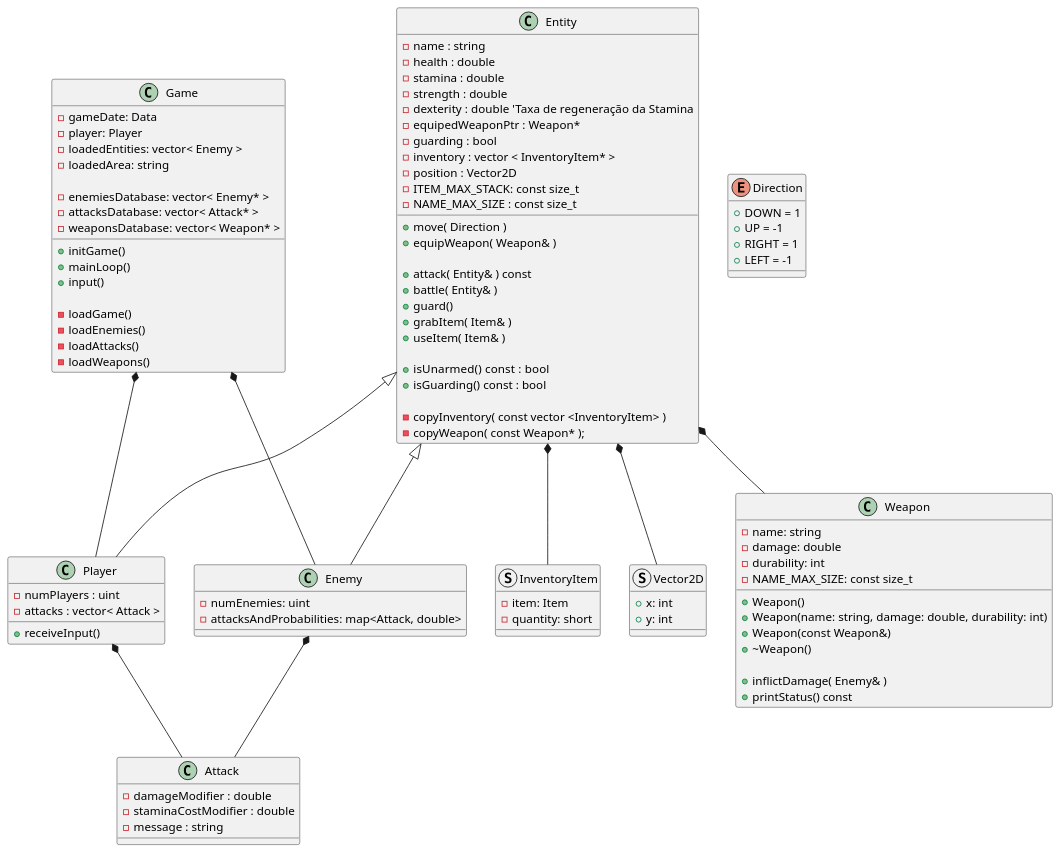
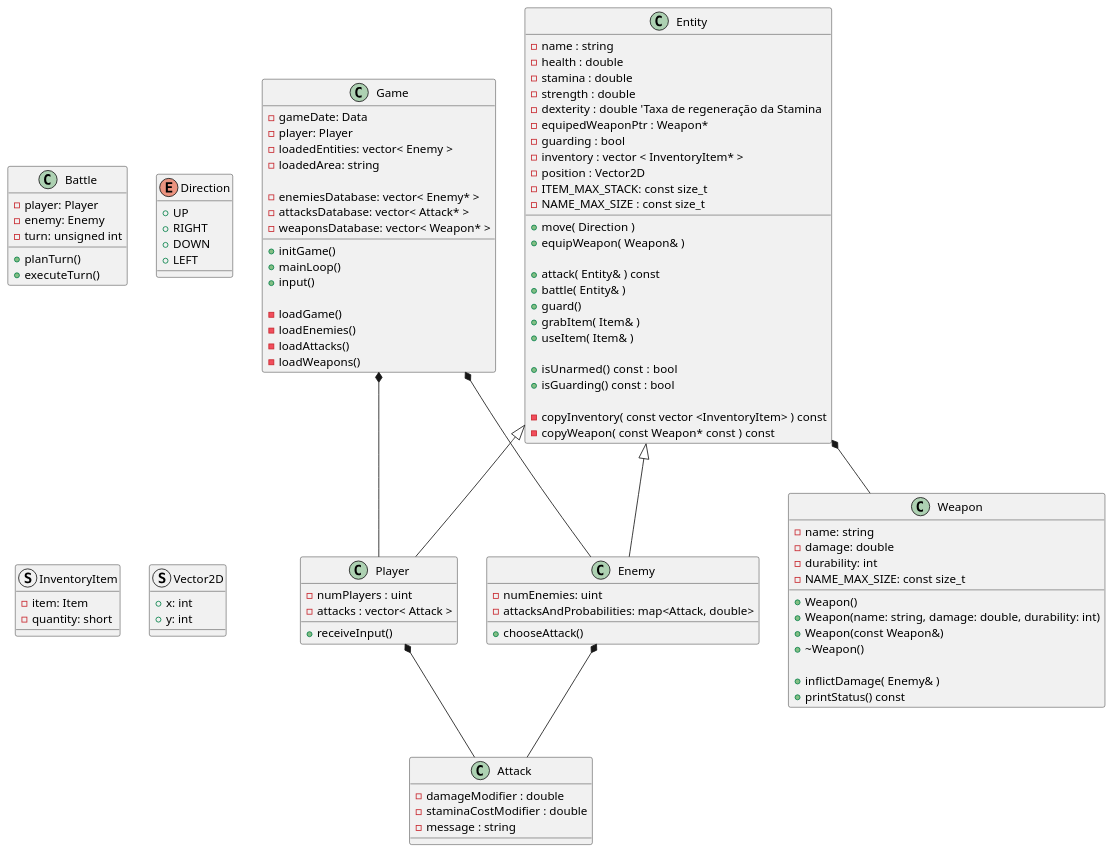
Before and after one commit to Stopfield/DarkSoulsCpp: the diagram in NewDiagram.plantuml, drawn with PlantUML. The commit also changed 23 other files, not shown here.

```diff
--- a/NewDiagram.plantuml
+++ b/NewDiagram.plantuml
@@ -1,111 +1,120 @@
 @startuml
 class Game {
    - gameDate: Data
    - player: Player
    - loadedEntities: vector< Enemy >
    - loadedArea: string
 
    - enemiesDatabase: vector< Enemy* >
    - attacksDatabase: vector< Attack* >
    - weaponsDatabase: vector< Weapon* >
    
    + initGame()
    + mainLoop()
    + input()
 
    - loadGame()
    - loadEnemies()
    - loadAttacks()
    - loadWeapons()
 }
 
+class Battle {
+    - player: Player
+    - enemy: Enemy
+    - turn: unsigned int
+
+    'Receive Player input and determine enemy attack
+    + planTurn()
+    + executeTurn()
+}
+
 enum Direction{
-   + DOWN = 1
-   + UP = -1
-   + RIGHT = 1
-   + LEFT = -1
+   + UP
+   + RIGHT
+   + DOWN
+   + LEFT
 }
 
 struct InventoryItem {
     - item: Item
     - quantity: short
 }
 
 struct Vector2D {
     + x: int
     + y: int
 }
 
 class Entity{
     - name : string
     - health : double
     - stamina : double
     - strength : double
     - dexterity : double 'Taxa de regeneração da Stamina
     - equipedWeaponPtr : Weapon*
     - guarding : bool
     - inventory : vector < InventoryItem* >
     - position : Vector2D
     - ITEM_MAX_STACK: const size_t
     - NAME_MAX_SIZE : const size_t
 
     + move( Direction )
     + equipWeapon( Weapon& )
 
     + attack( Entity& ) const
     + battle( Entity& )
     + guard()
     + grabItem( Item& )
     + useItem( Item& )
 
     + isUnarmed()  const : bool
     + isGuarding() const : bool
 
     ' Aqui, a função pode simplesmente atribuir a um atributo privado direto, sem precisar retornar
-    - copyInventory( const vector <InventoryItem> )
-    - copyWeapon( const Weapon* );
+    - copyInventory( const vector <InventoryItem> ) const
+    - copyWeapon( const Weapon* const ) const
 }
 
 class Player {
     - numPlayers : uint
     - attacks : vector< Attack >
     + receiveInput()
 }
 
 class Enemy {
     - numEnemies: uint
     'O ataque e a probabilidade de usar o ataque em batalha!
     - attacksAndProbabilities: map<Attack, double>
+    + chooseAttack()
 }
 
 class Attack {
     - damageModifier : double
     - staminaCostModifier : double
     - message : string
 }
 
 class Weapon {
     - name: string
     - damage: double
     - durability: int
     - NAME_MAX_SIZE: const size_t
 
     + Weapon()
     + Weapon(name: string, damage: double, durability: int)
     + Weapon(const Weapon&)
     + ~Weapon()
 
     + inflictDamage( Enemy& )
     + printStatus() const
 }
 
 Game *-- Player
 Game *-- Enemy
 Entity <|-- Player
 Entity <|-- Enemy
 Entity *-- Weapon
-Entity *-- InventoryItem
-Entity *-- Vector2D
 Enemy *-- Attack
 Player *-- Attack
 @enduml
```
